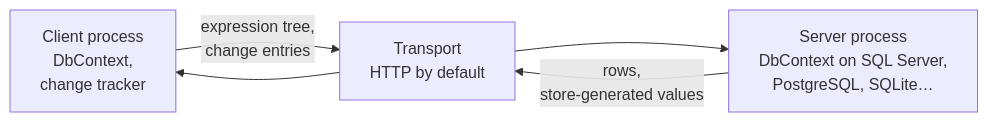
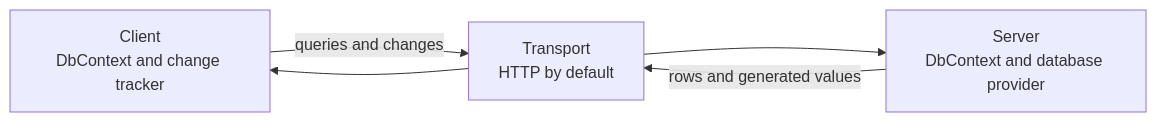
Before and after one commit to azabluda/InfoCarrier.Core: the diagram in website/docs/index.md, drawn with Mermaid. The commit also changed other lines of this file and 59 other files, not shown here.

````diff
--- a/website/docs/index.md
+++ b/website/docs/index.md
@@ -68,7 +19,7 @@
 ```mermaid
 graph LR
-    A["Client process<br/>DbContext,<br/>change tracker"] -->|"expression tree,<br/>change entries"| B["Transport<br/>HTTP by default"]
-    B --> C["Server process<br/>DbContext on SQL Server,<br/>PostgreSQL, SQLite…"]
-    C -->|"rows,<br/>store-generated values"| B
+    A["Client<br/>DbContext and change tracker"] -->|"queries and changes"| B["Transport<br/>HTTP by default"]
+    B --> C["Server<br/>DbContext and database provider"]
+    C -->|"rows and generated values"| B
     B --> A
 ```
````
